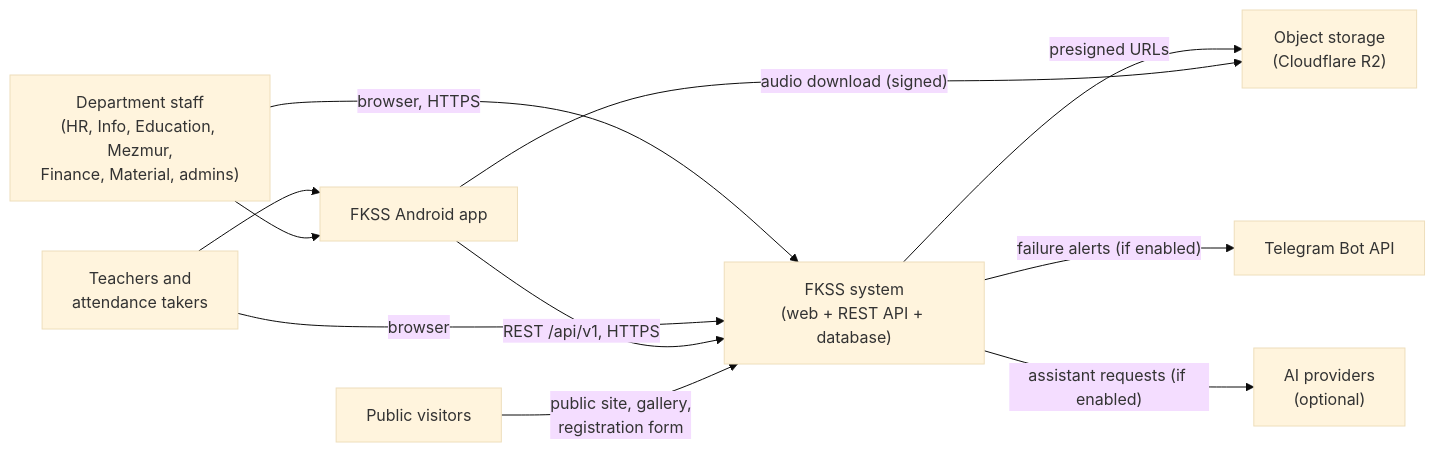
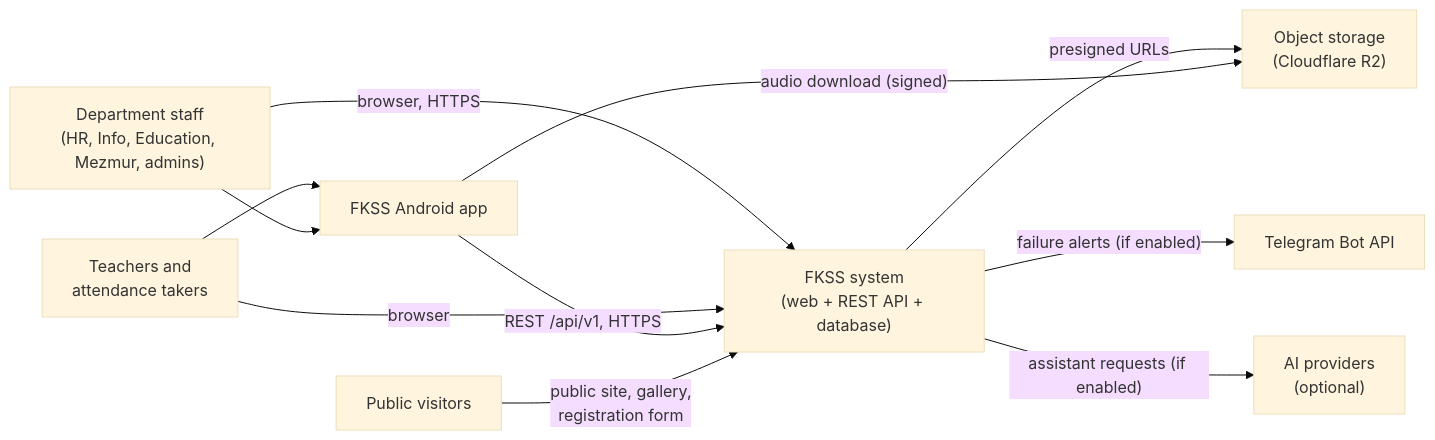
Before and after one commit to suraman21/Endrias-film-collage-sms: the first of 6 diagrams in docs/architecture/TECHNICAL_DESIGN.md, drawn with Mermaid (base theme). The commit also changed other lines of this file and 37 other files, not shown here.

````diff
--- a/docs/architecture/TECHNICAL_DESIGN.md
+++ b/docs/architecture/TECHNICAL_DESIGN.md
@@ -43,21 +43,21 @@
 ```mermaid
 flowchart LR
-  staff["Department staff<br/>(HR, Info, Education, Mezmur,<br/>Finance, Material, admins)"]
+  staff["Department staff<br/>(HR, Info, Education, Mezmur, admins)"]
   teacher["Teachers and<br/>attendance takers"]
   public["Public visitors"]
   fkss["FKSS system<br/>(web + REST API + database)"]
   app["FKSS Android app"]
   r2["Object storage<br/>(Cloudflare R2)"]
   tg["Telegram Bot API"]
   ai["AI providers<br/>(optional)"]
   staff -->|"browser, HTTPS"| fkss
   teacher -->|"browser"| fkss
   teacher --> app
   staff --> app
   app -->|"REST /api/v1, HTTPS"| fkss
   public -->|"public site, gallery,<br/>registration form"| fkss
   fkss -->|"presigned URLs"| r2
   app -->|"audio download (signed)"| r2
   fkss -->|"failure alerts (if enabled)"| tg
   fkss -->|"assistant requests (if enabled)"| ai
 ```
````
